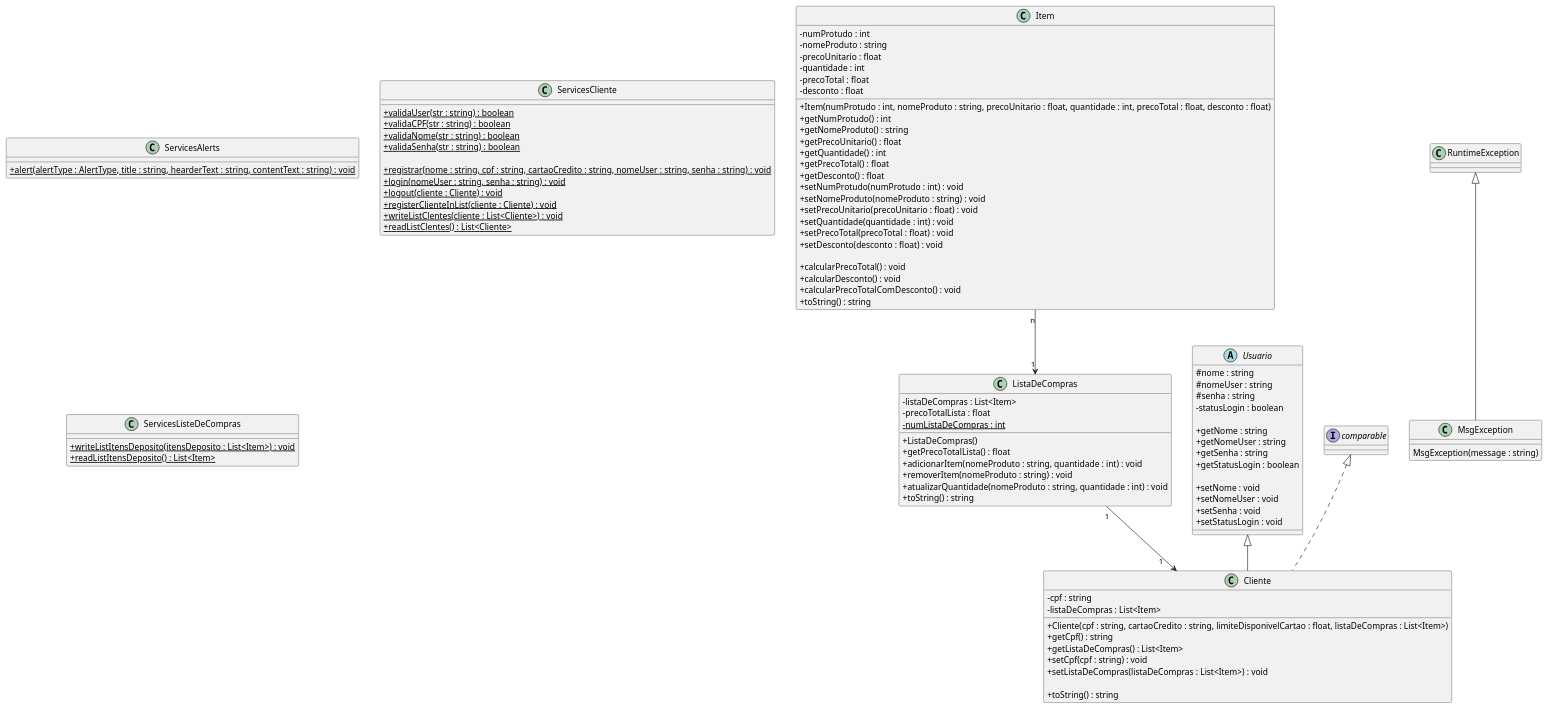
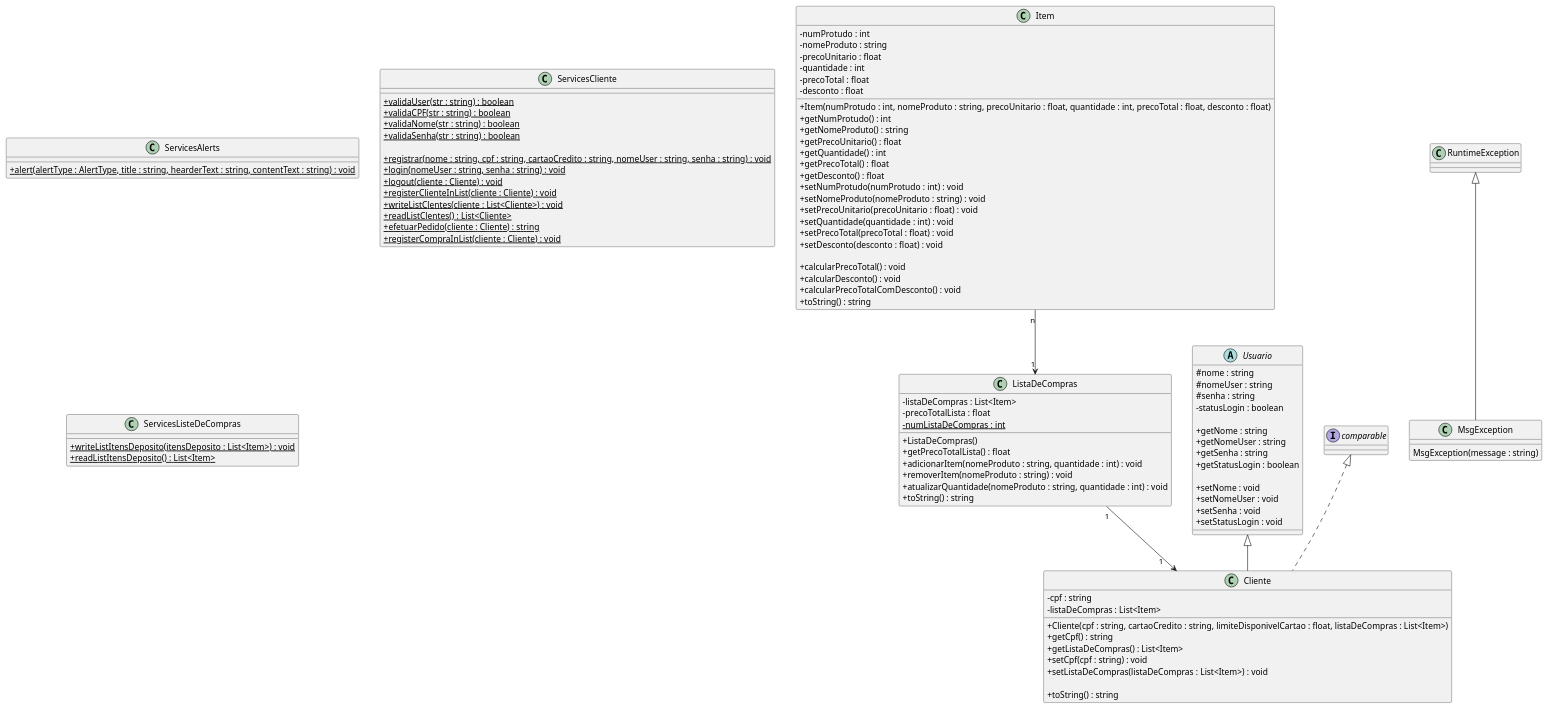
One commit to Luiz-Eduardo-BL/Project_Lista_de_Compras changed the diagram in Diagrama/diagrama.wsd. Above: the diagram before and after it, drawn with PlantUML. The commit also changed 1 other file, not shown here.

Commit message:
Update Diagrama

```diff
--- a/Diagrama/diagrama.wsd
+++ b/Diagrama/diagrama.wsd
@@ -1,106 +1,108 @@
 @startuml diagrama
 skinparam ClassAttributeIconSize 0
 
 class Item{
   -numProtudo : int
   -nomeProduto : string
   -precoUnitario : float
   -quantidade : int
   -precoTotal : float
   -desconto : float
 
   +Item(numProtudo : int, nomeProduto : string, precoUnitario : float, quantidade : int, precoTotal : float, desconto : float)
   +getNumProtudo() : int
   +getNomeProduto() : string
   +getPrecoUnitario() : float
   +getQuantidade() : int
   +getPrecoTotal() : float
   +getDesconto() : float
   +setNumProtudo(numProtudo : int) : void
   +setNomeProduto(nomeProduto : string) : void
   +setPrecoUnitario(precoUnitario : float) : void
   +setQuantidade(quantidade : int) : void
   +setPrecoTotal(precoTotal : float) : void
   +setDesconto(desconto : float) : void
 
   +calcularPrecoTotal() : void
   +calcularDesconto() : void
   +calcularPrecoTotalComDesconto() : void
   +toString() : string
 } 
 Item "n" --> "1" ListaDeCompras
 
 class Cliente extends Usuario implements comparable{
   -cpf : string
   -listaDeCompras : List<Item>
 
   +Cliente(cpf : string, cartaoCredito : string, limiteDisponivelCartao : float, listaDeCompras : List<Item>)
   +getCpf() : string
   +getListaDeCompras() : List<Item>
   +setCpf(cpf : string) : void
   +setListaDeCompras(listaDeCompras : List<Item>) : void
 
   +toString() : string
 }
 
 
 abstract class Usuario{
   #nome : string
   #nomeUser : string
   #senha : string
   -statusLogin : boolean
 
   +getNome : string
   +getNomeUser : string
   +getSenha : string
   +getStatusLogin : boolean
 
   +setNome : void
   +setNomeUser : void
   +setSenha : void
   +setStatusLogin : void
 }
 
 class ListaDeCompras{
   -listaDeCompras : List<Item>
   -precoTotalLista : float
   -{static}numListaDeCompras : int
 
   +ListaDeCompras()
   +getPrecoTotalLista() : float
   +adicionarItem(nomeProduto : string, quantidade : int) : void
   +removerItem(nomeProduto : string) : void
   +atualizarQuantidade(nomeProduto : string, quantidade : int) : void
   +toString() : string
 
 }
 ListaDeCompras "1 " --> "1    " Cliente
 
 class MsgException extends RuntimeException{
   MsgException(message : string)
 }
 
 class ServicesAlerts{
   +{static}alert(alertType : AlertType, title : string, hearderText : string, contentText : string) : void
 }
 
 class ServicesCliente{
   +{static}validaUser(str : string) : boolean
   +{static}validaCPF(str : string) : boolean
   +{static}validaNome(str : string) : boolean
   +{static}validaSenha(str : string) : boolean
 
   +{static}registrar(nome : string, cpf : string, cartaoCredito : string, nomeUser : string, senha : string) : void
   +{static}login(nomeUser : string, senha : string) : void
   +{static}logout(cliente : Cliente) : void
   +{static}registerClienteInList(cliente : Cliente) : void
   +{static}writeListClentes(cliente : List<Cliente>) : void
   +{static}readListClentes() : List<Cliente>
+  +{static}efetuarPedido(cliente : Cliente) : string
+  +{static}registerCompraInList(cliente : Cliente) : void
 }
 
 class ServicesListeDeCompras{
   +{static}writeListItensDeposito(itensDeposito : List<Item>) : void
   +{static}readListItensDeposito() : List<Item>
 }
 
 @enduml
```
